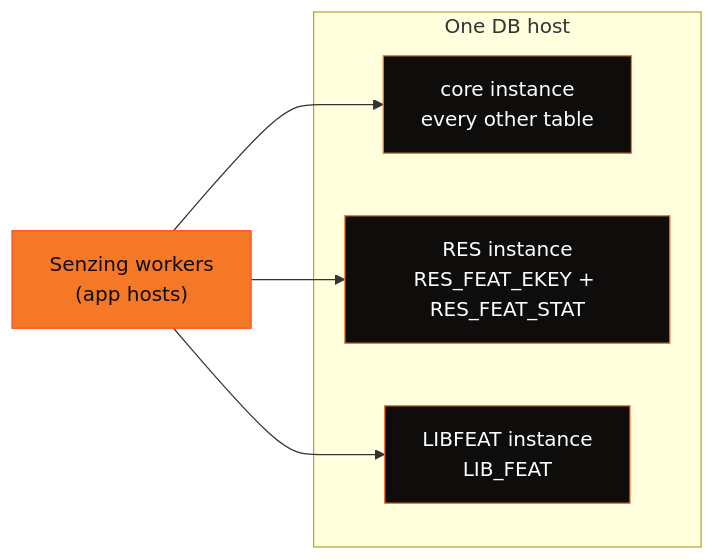
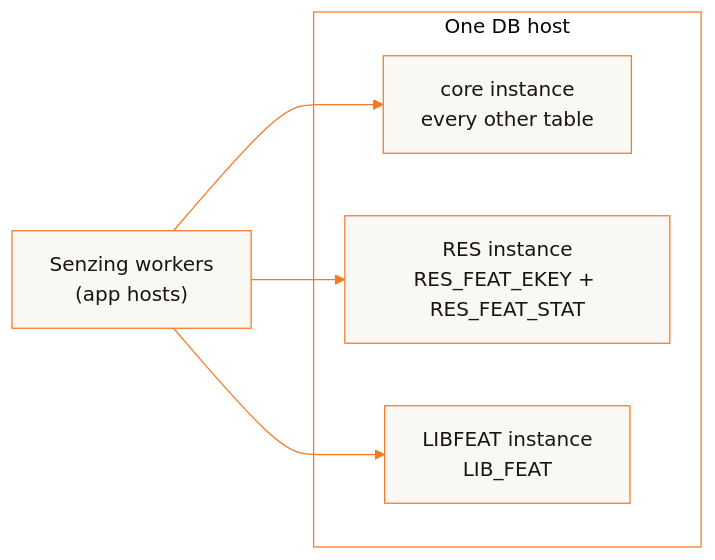
One commit to Senzing/postgresql-performance-v4 changed the diagram in README.md. Above: the diagram before and after it, drawn with Mermaid. The commit also changed other lines of this file and 4 other files, not shown here.

````diff
--- a/README.md
+++ b/README.md
@@ -156,16 +163,13 @@
 ```mermaid
+%%{init: {"theme":"base","themeVariables":{"primaryColor":"#FAF8F3","primaryTextColor":"#18160F","primaryBorderColor":"#F57826","lineColor":"#F57826","secondaryColor":"#FFFFFF","tertiaryColor":"#FAF8F3","edgeLabelBackground":"#FAF8F3","clusterBkg":"#FFFFFF","clusterBorder":"#F57826","fontFamily":"Roboto, Helvetica Neue, Arial, sans-serif"}}}%%
 flowchart LR
     W["Senzing workers<br/>(app hosts)"]
     subgraph DB["One DB host"]
         C["core instance<br/>every other table"]
         R["RES instance<br/>RES_FEAT_EKEY + RES_FEAT_STAT"]
         L["LIBFEAT instance<br/>LIB_FEAT"]
     end
     W --> C
     W --> R
     W --> L
-    classDef ember fill:#F57826,stroke:#FF4E1F,color:#0F0D0C
-    classDef obsidian fill:#0F0D0C,stroke:#F57826,color:#FFFFFF
-    class W ember
-    class C,R,L obsidian
 ```
````
